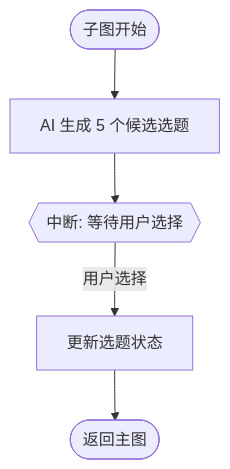
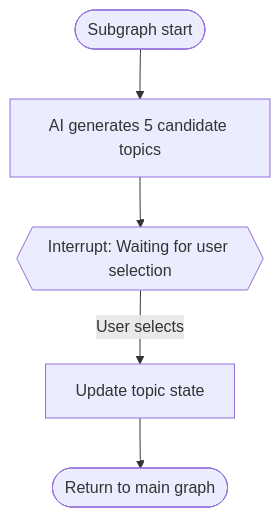
One commit to wuxiangru915/Blink changed the second of 2 diagrams in README.md. Above: the diagram before and after it, drawn with Mermaid. The commit also changed other lines of this file and 2 other files, not shown here.

````diff
--- a/README.md
+++ b/README.md
@@ -93,7 +93,7 @@
 ```mermaid
 flowchart TD
-    SubStart([子图开始]) --> PlanTopics[AI 生成 5 个候选选题]
-    PlanTopics --> Interrupt{{中断: 等待用户选择}}
-    Interrupt -->|用户选择| UpdateState[更新选题状态]
-    UpdateState --> SubEnd([返回主图])
+    SubStart([Subgraph start]) --> PlanTopics[AI generates 5 candidate topics]
+    PlanTopics --> Interrupt{{Interrupt: Waiting for user selection}}
+    Interrupt -->|User selects| UpdateState[Update topic state]
+    UpdateState --> SubEnd([Return to main graph])
 ```
````
